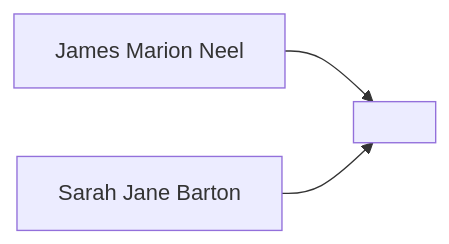
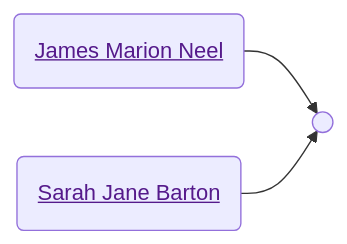
One commit to neelsmith/avocational changed the second of 2 diagrams in familyhistory/sources/people/Neel-line/James_Marion_Neel.qmd. Above: the diagram before and after it, drawn with Mermaid. The commit also changed other lines of this file and 71 other files, not shown here.

````diff
--- a/familyhistory/sources/people/Neel-line/James_Marion_Neel.qmd
+++ b/familyhistory/sources/people/Neel-line/James_Marion_Neel.qmd
@@ -33,5 +37,10 @@
 ```{mermaid}
 graph LR
-James_Marion_Neel[James Marion Neel] --> James_Marion_Neel+_Sarah_Jane_Barton[ ]
-_Sarah_Jane_Barton[ Sarah Jane Barton] --> James_Marion_Neel+_Sarah_Jane_Barton[ ]
+class James_Marion_Neel_and__Sarah_Jane_Barton marriage
+James_Marion_Neel(<a href=''>James Marion Neel</>) --> James_Marion_Neel_and__Sarah_Jane_Barton[ ]
+_Sarah_Jane_Barton(<a href=''> Sarah Jane Barton</>) --> James_Marion_Neel_and__Sarah_Jane_Barton(( ))
+classDef mother fill:#ffd1dc
+classDef father fill:#daf0f7  
+classDef marriage fill:#ffffff
+
 ```
````
